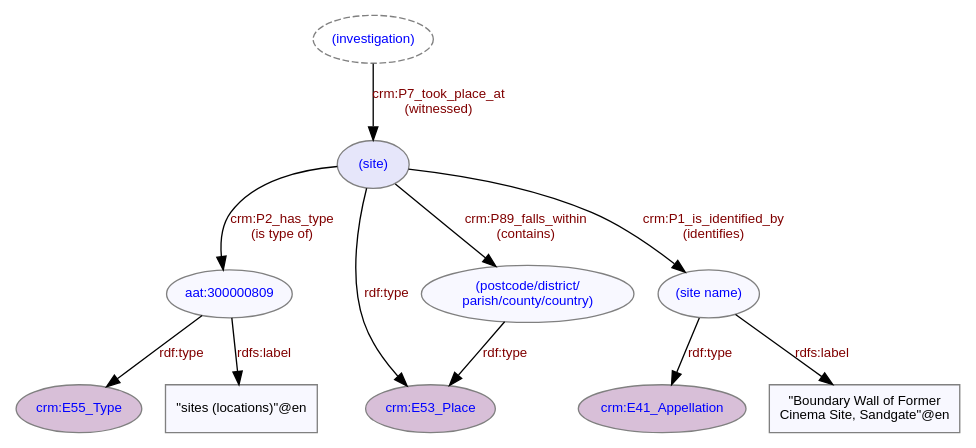
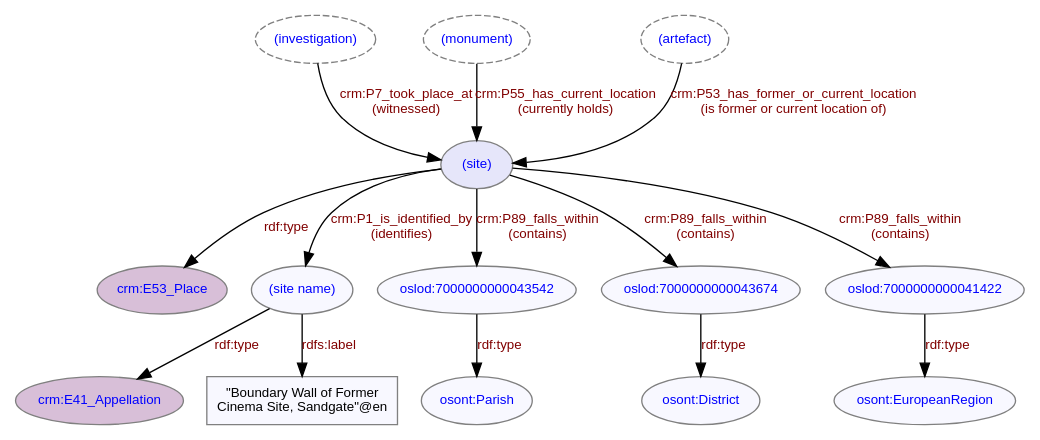
The diagram in diagrams/ld4he-site.dot (cbinding/LD4HE), drawn with Graphviz before and after one commit. The commit also changed 66 other files, not shown here.

```diff
--- a/diagrams/ld4he-site.dot
+++ b/diagrams/ld4he-site.dot
@@ -1,24 +1,26 @@
 digraph {
    // label = "Site";
    // labelloc = "t";
    node [color=gray, fontcolor=blue, fontsize=10, fontname=Arial, style=filled, fillcolor=ghostwhite];
    edge [color=black, fontcolor=maroon, fontsize=10, fontname=Arial];
    "(investigation)" [style=dashed];  
+   "(monument)" [style=dashed];  
+   "(artefact)" [style=dashed];
    "(site)" [fillcolor="lavender"]; 
    "crm:E53_Place" [fillcolor=thistle, target="crm", URL="http://www.cidoc-crm.org/cidoc-crm/E53_Place"];
    "crm:E41_Appellation" [fillcolor=thistle, target="crm", URL="http://www.cidoc-crm.org/cidoc-crm/E41_Appellation"];
-   "crm:E55_Type" [fillcolor=thistle, target="crm", URL="http://www.cidoc-crm.org/cidoc-crm/E55_Type"];   
    "(investigation)" -> "(site)" [label="crm:P7_took_place_at\n(witnessed)", labelURL="http://www.cidoc-crm.org/cidoc-crm/P7_took_place_at"];
-   "(site)" -> "aat:300000809" [label="crm:P2_has_type\n(is type of)", labelURL="http://www.cidoc-crm.org/cidoc-crm/P2_has_type"];
-   "(site)" -> "crm:E53_Place" [label="rdf:type", labelURL="http://www.w3.org/1999/02/22-rdf-syntax-ns#type"];
-   "aat:300000809" [URL="http://vocab.getty.edu/aat/300000809"];
-   "aat:300000809" -> "crm:E55_Type" [label="rdf:type", labelURL="http://www.w3.org/1999/02/22-rdf-syntax-ns#type"];
-   "aat:300000809" -> "\"sites (locations)\"@en" [label="rdfs:label", labelURL="http://www.w3.org/2000/01/rdf-schema#label"];
-   "\"sites (locations)\"@en" [shape=box, fontcolor=black]; 
+   "(monument)" -> "(site)" [label="crm:P55_has_current_location\n(currently holds)", labelURL="http://www.cidoc-crm.org/cidoc-crm/P55_has_current_location"];
+   "(artefact)" -> "(site)" [label="crm:P53_has_former_or_current_location\n(is former or current location of)", labelURL="http://www.cidoc-crm.org/cidoc-crm/P53_has_former_or_current_location"];
+   "(site)" -> "crm:E53_Place" [label="rdf:type", labelURL="http://www.w3.org/1999/02/22-rdf-syntax-ns#type"];   
    "(site)" -> "(site name)" [label="crm:P1_is_identified_by\n(identifies)", labelURL="http://www.cidoc-crm.org/cidoc-crm/P1_is_identified_by"];
    "(site name)" -> "crm:E41_Appellation" [label="rdf:type", labelURL="http://www.w3.org/1999/02/22-rdf-syntax-ns#type"];
    "(site name)" -> "\"Boundary Wall of Former\nCinema Site, Sandgate\"@en" [label="rdfs:label", labelURL="http://www.w3.org/2000/01/rdf-schema#label"];
-   "\"Boundary Wall of Former\nCinema Site, Sandgate\"@en" [shape=box, fontcolor=black];
-   "(site)" -> "(postcode/district/\nparish/county/country)" [label="crm:P89_falls_within\n(contains)", labelURL="http://www.cidoc-crm.org/cidoc-crm/P89_falls_within"];   
-   "(postcode/district/\nparish/county/country)" -> "crm:E53_Place" [label="rdf:type", labelURL="http://www.w3.org/1999/02/22-rdf-syntax-ns#type"];   
+   "\"Boundary Wall of Former\nCinema Site, Sandgate\"@en" [shape=box, fontcolor=black];   
+   "oslod:7000000000043542" -> "osont:Parish" [label="rdf:type", labelURL="http://www.w3.org/1999/02/22-rdf-syntax-ns#type"];
+   "oslod:7000000000043674" -> "osont:District" [label="rdf:type", labelURL="http://www.w3.org/1999/02/22-rdf-syntax-ns#type"];
+   "oslod:7000000000041422" -> "osont:EuropeanRegion" [label="rdf:type", labelURL="http://www.w3.org/1999/02/22-rdf-syntax-ns#type"];   
+   "(site)" -> "oslod:7000000000043542" [label="crm:P89_falls_within\n(contains)", labelURL="http://www.cidoc-crm.org/cidoc-crm/P89_falls_within"];  
+   "(site)" -> "oslod:7000000000043674" [label="crm:P89_falls_within\n(contains)", labelURL="http://www.cidoc-crm.org/cidoc-crm/P89_falls_within"];  
+   "(site)" -> "oslod:7000000000041422" [label="crm:P89_falls_within\n(contains)", labelURL="http://www.cidoc-crm.org/cidoc-crm/P89_falls_within"];     
 }
```
